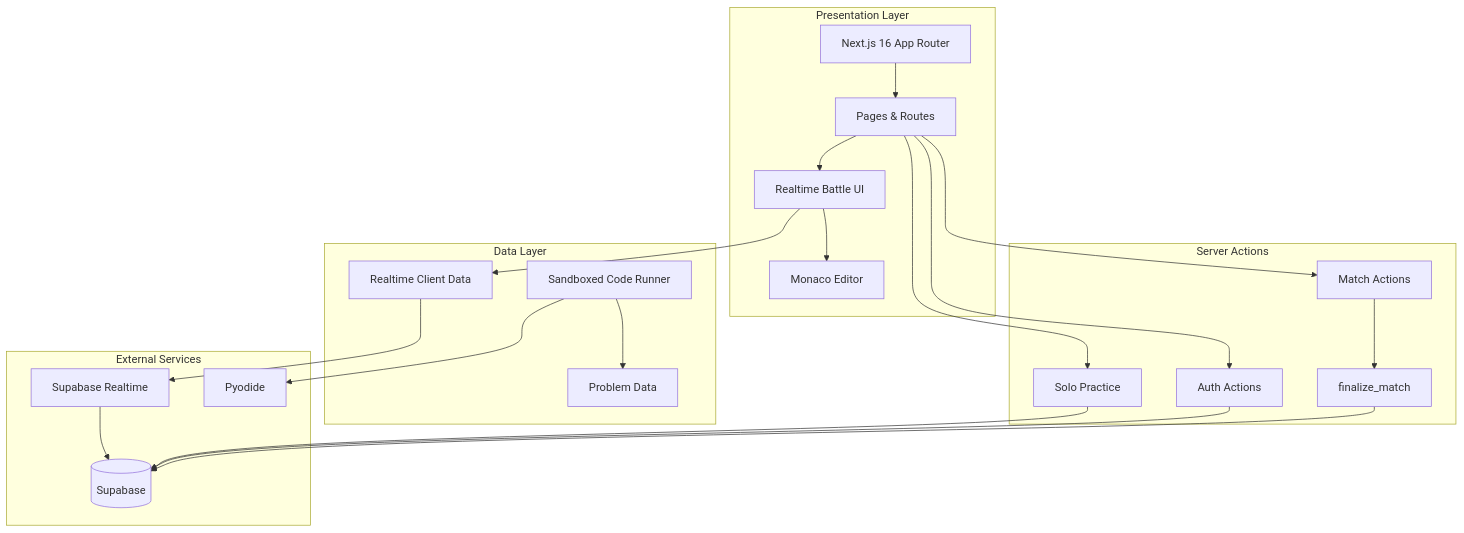
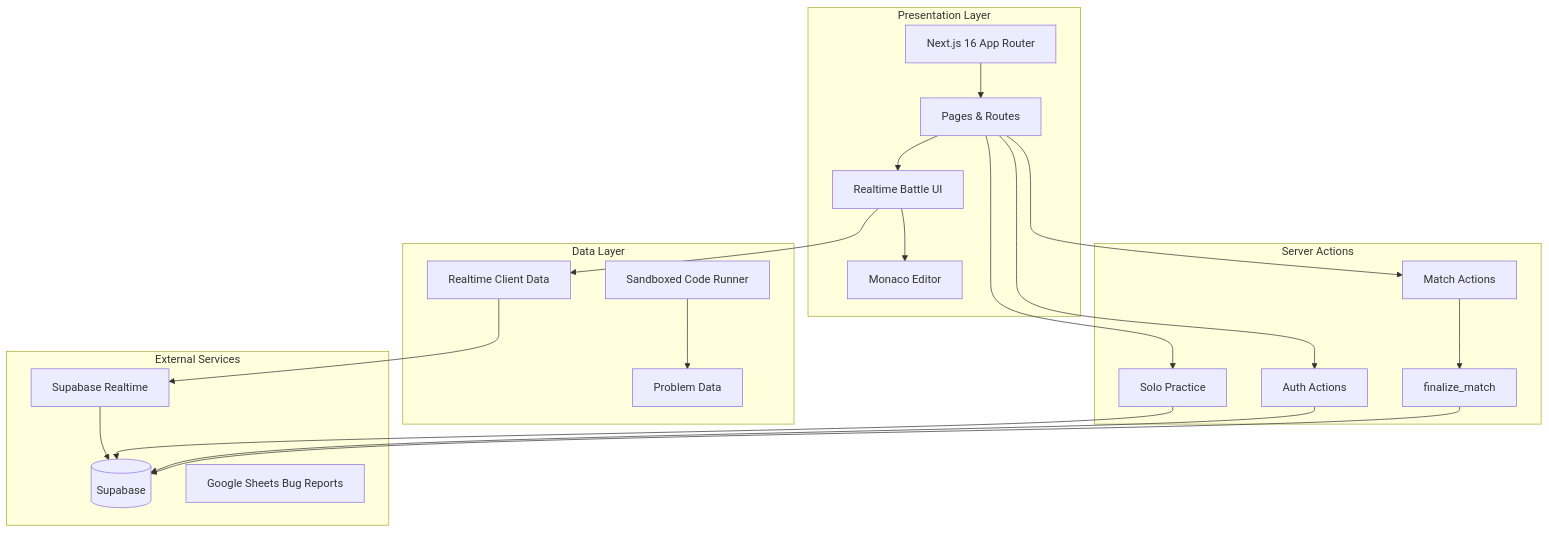
Before and after one commit to sangisapusaiteja/code-battle: the third of 5 diagrams in README.md, drawn with Mermaid. The commit also changed other lines of this file and 1 other file, not shown here.

Commit message:
Fix README: remove unused service-role env, Pyodide claims; document bug-report env

````diff
--- a/README.md
+++ b/README.md
@@ -105,41 +105,40 @@
 ```mermaid
 graph TB
     subgraph "Presentation Layer"
         UI[Next.js 16 App Router]
         Pages[Pages & Routes]
         BattleUI[Realtime Battle UI]
         Monaco[Monaco Editor]
     end
 
     subgraph "Server Actions"
         AuthActions[Auth Actions]
         MatchActions[Match Actions]
         SoloActions[Solo Practice]
         Finalize[finalize_match]
     end
 
     subgraph "Data Layer"
         Problems[Problem Data]
         Runner[Sandboxed Code Runner]
         ClientData[Realtime Client Data]
     end
 
     subgraph "External Services"
         Supabase[(Supabase)]
         Realtime[Supabase Realtime]
-        Pyodide[Pyodide]
+        BugSheet[Google Sheets Bug Reports]
     end
 
     UI --> Pages --> BattleUI
     BattleUI --> Monaco
     BattleUI --> ClientData
     Pages --> AuthActions & MatchActions & SoloActions
     MatchActions --> Finalize
     Finalize --> Supabase
     AuthActions --> Supabase
     SoloActions --> Supabase
     ClientData --> Realtime
     Realtime --> Supabase
-    Runner --> Pyodide
     Runner --> Problems
 ```
````
